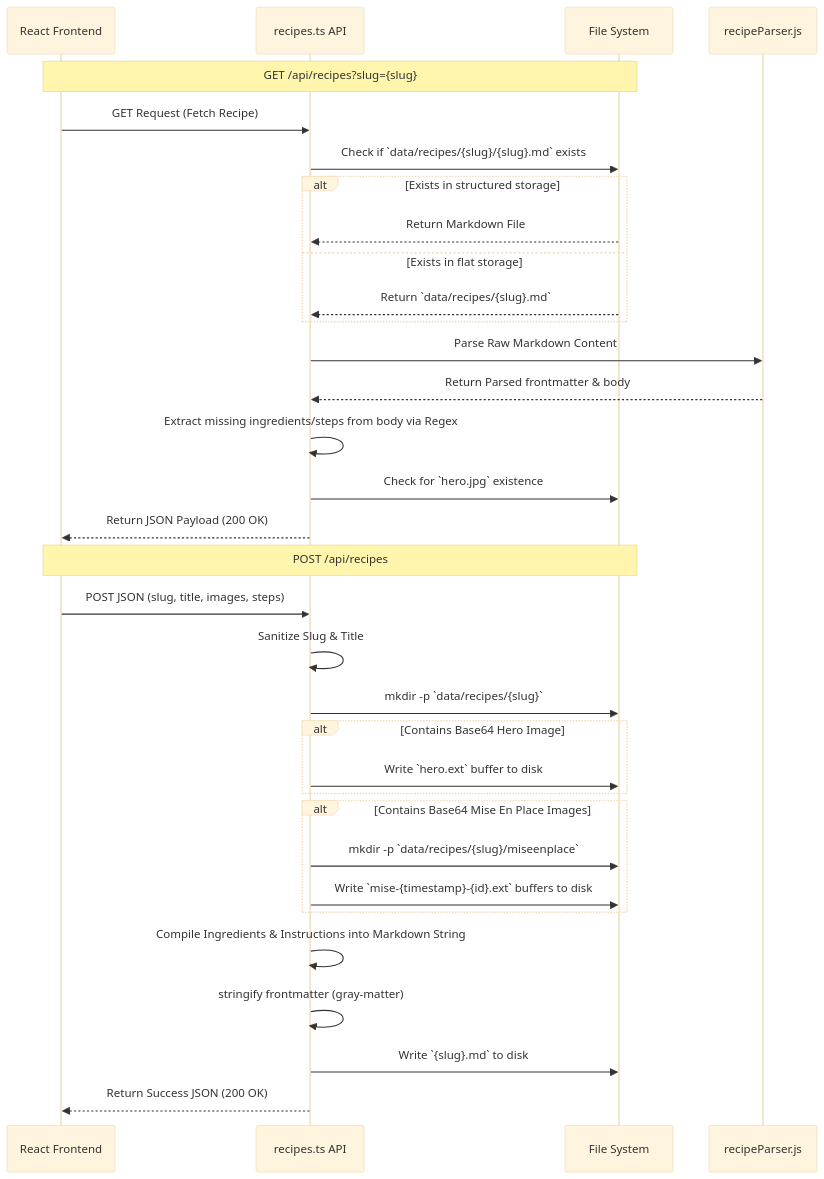
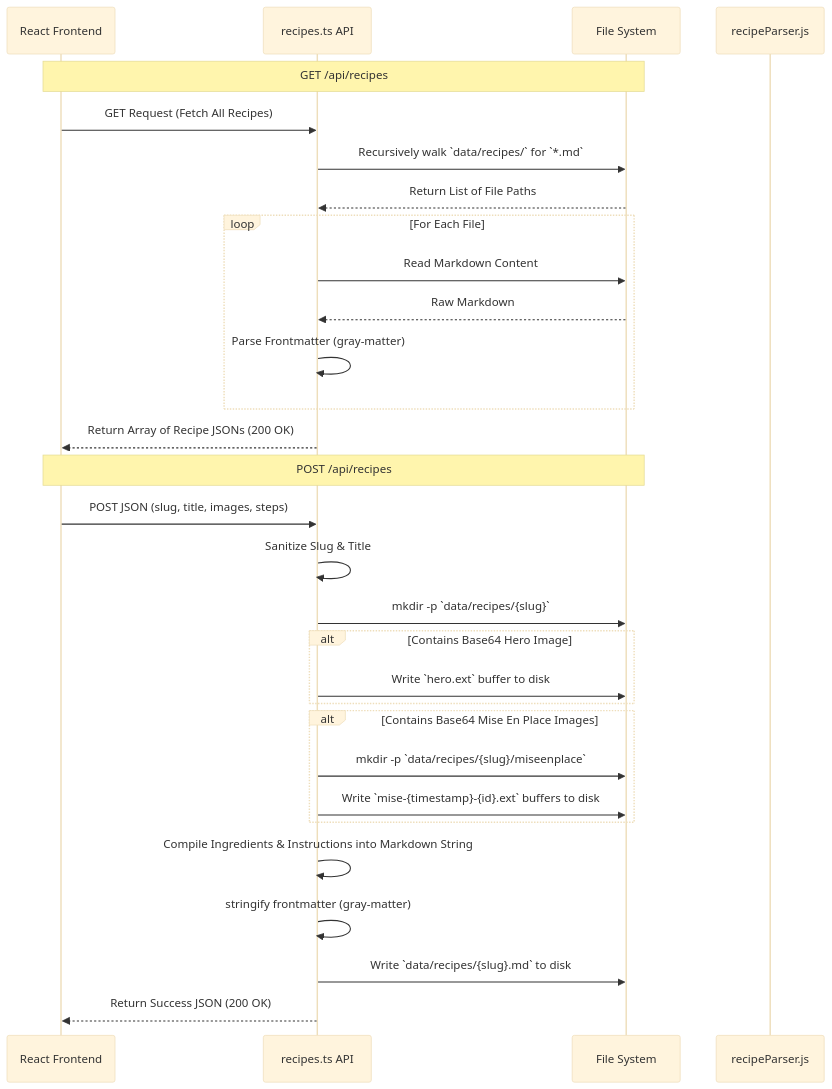
One commit to aniruddhapdeshpande99/MyRecipeBook changed the diagram in docs/architecture/api-data-flow.md. Above: the diagram before and after it, drawn with Mermaid (base theme). The commit also changed 1 other file, not shown here.

Commit message:
docs: update mermaid architecture diagrams to reflect recent storage and diary API changes

````diff
--- a/docs/architecture/api-data-flow.md
+++ b/docs/architecture/api-data-flow.md
@@ -5,42 +5,39 @@
 ```mermaid
 sequenceDiagram
     participant Client as React Frontend
     participant API as recipes.ts API
     participant FS as File System
     participant Parser as recipeParser.js
 
     %% GET Request Flow
-    Note over Client, FS: GET /api/recipes?slug={slug}
-    Client->>API: GET Request (Fetch Recipe)
-    API->>FS: Check if `data/recipes/{slug}/{slug}.md` exists
-    alt Exists in structured storage
-        FS-->>API: Return Markdown File
-    else Exists in flat storage
-        FS-->>API: Return `data/recipes/{slug}.md`
+    Note over Client, FS: GET /api/recipes
+    Client->>API: GET Request (Fetch All Recipes)
+    API->>FS: Recursively walk `data/recipes/` for `*.md`
+    FS-->>API: Return List of File Paths
+    loop For Each File
+        API->>FS: Read Markdown Content
+        FS-->>API: Raw Markdown
+        API->>API: Parse Frontmatter (gray-matter)
     end
-    API->>Parser: Parse Raw Markdown Content
-    Parser-->>API: Return Parsed frontmatter & body
-    API->>API: Extract missing ingredients/steps from body via Regex
-    API->>FS: Check for `hero.jpg` existence
-    API-->>Client: Return JSON Payload (200 OK)
+    API-->>Client: Return Array of Recipe JSONs (200 OK)
 
     %% POST Request Flow
     Note over Client, FS: POST /api/recipes
     Client->>API: POST JSON (slug, title, images, steps)
     API->>API: Sanitize Slug & Title
     API->>FS: mkdir -p `data/recipes/{slug}`
     
     alt Contains Base64 Hero Image
         API->>FS: Write `hero.ext` buffer to disk
     end
     
     alt Contains Base64 Mise En Place Images
         API->>FS: mkdir -p `data/recipes/{slug}/miseenplace`
         API->>FS: Write `mise-{timestamp}-{id}.ext` buffers to disk
     end
     
     API->>API: Compile Ingredients & Instructions into Markdown String
     API->>API: stringify frontmatter (gray-matter)
-    API->>FS: Write `{slug}.md` to disk
+    API->>FS: Write `data/recipes/{slug}.md` to disk
     API-->>Client: Return Success JSON (200 OK)
 ```
````
